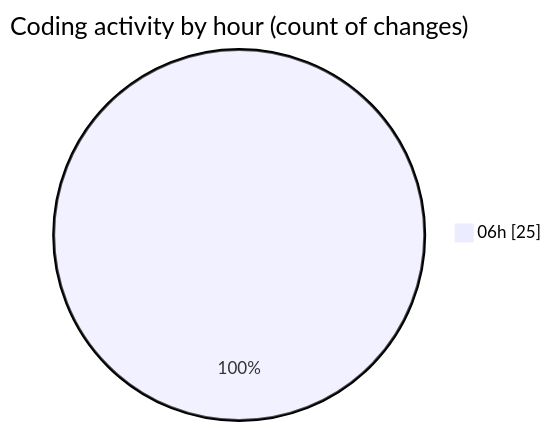
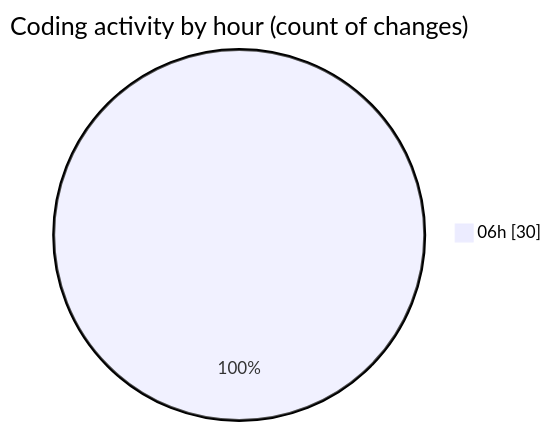
One commit to charlie-sans/code-tracking changed the second of 2 diagrams in 2025-02-21/micros/README.md. Above: the diagram before and after it, drawn with Mermaid. The commit also changed other lines of this file and 1 other file, not shown here.

````diff
--- a/2025-02-21/micros/README.md
+++ b/2025-02-21/micros/README.md
@@ -47,5 +49,5 @@
 ```mermaid
 pie showData
 title Coding activity by hour (count of changes)
-"06h" : 25
+"06h" : 30
 ```
````
